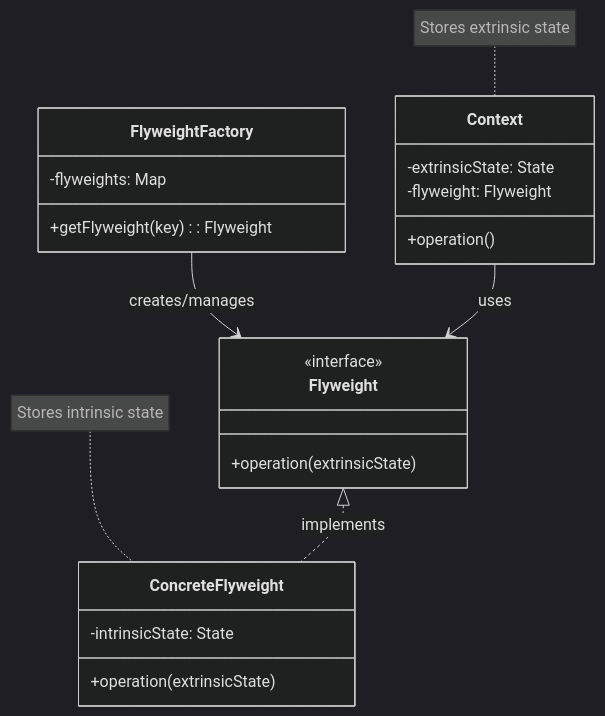
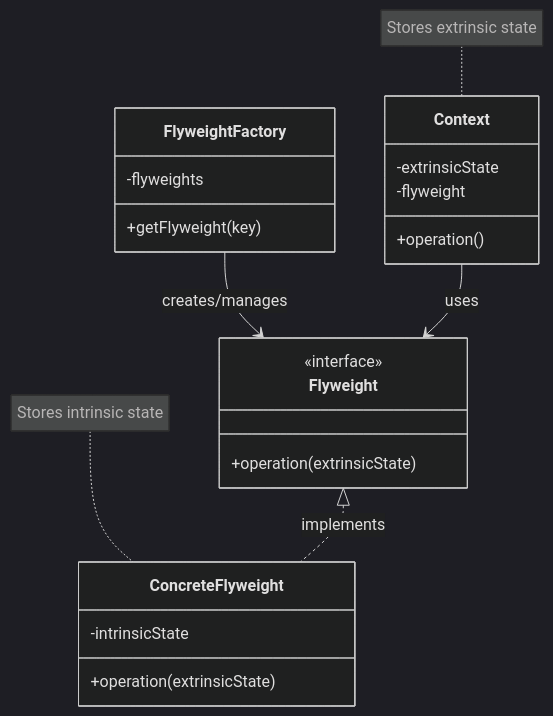
One commit to fanly/DesignPattern changed the first of 2 diagrams in resources/design-patterns/laravel/structural/flyweight_en.md. Above: the diagram before and after it, drawn with Mermaid (dark theme). The commit also changed 17 other files, not shown here.

````diff
--- a/resources/design-patterns/laravel/structural/flyweight_en.md
+++ b/resources/design-patterns/laravel/structural/flyweight_en.md
@@ -11,30 +11,30 @@
 ```mermaid
 classDiagram
     class FlyweightFactory {
-        -flyweights: Map
-        +getFlyweight(key): Flyweight
+        -flyweights
+        +getFlyweight(key)
     }
     
     class Flyweight {
         <<interface>>
         +operation(extrinsicState)
     }
     
     class ConcreteFlyweight {
-        -intrinsicState: State
+        -intrinsicState
         +operation(extrinsicState)
     }
     
     class Context {
-        -extrinsicState: State
-        -flyweight: Flyweight
+        -extrinsicState
+        -flyweight
         +operation()
     }
     
     FlyweightFactory --> Flyweight : creates/manages
     Flyweight <|.. ConcreteFlyweight : implements
     Context --> Flyweight : uses
     
     note for ConcreteFlyweight "Stores intrinsic state"
     note for Context "Stores extrinsic state"
 ```
````
